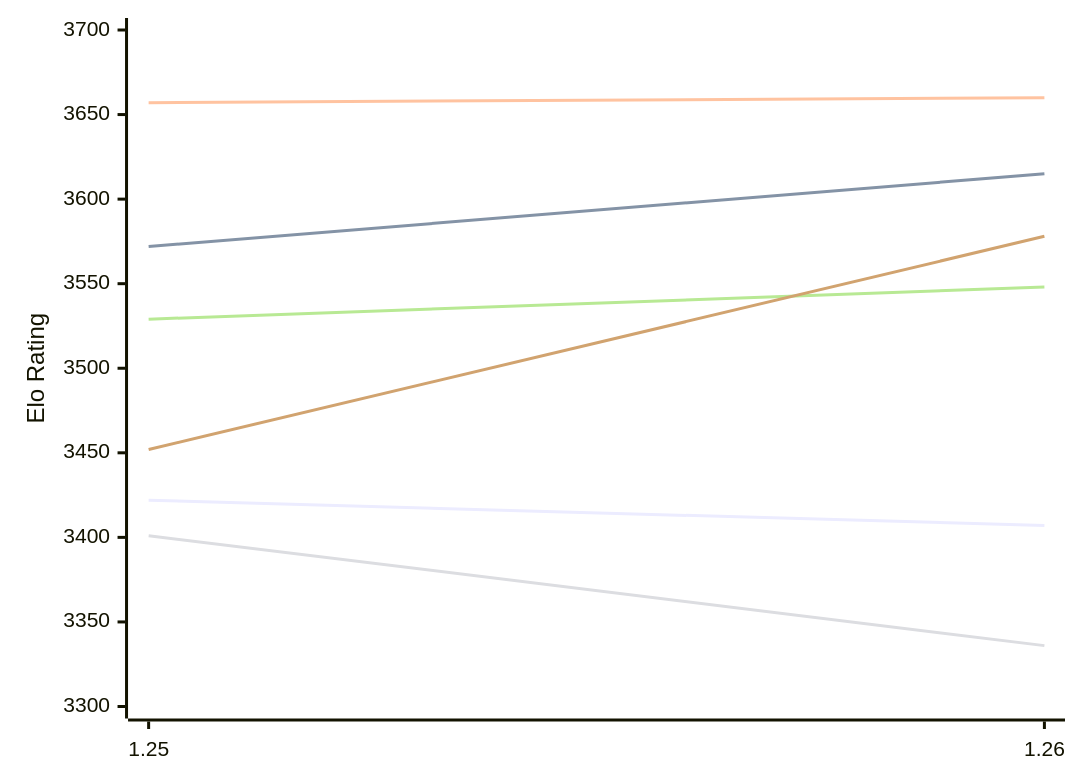
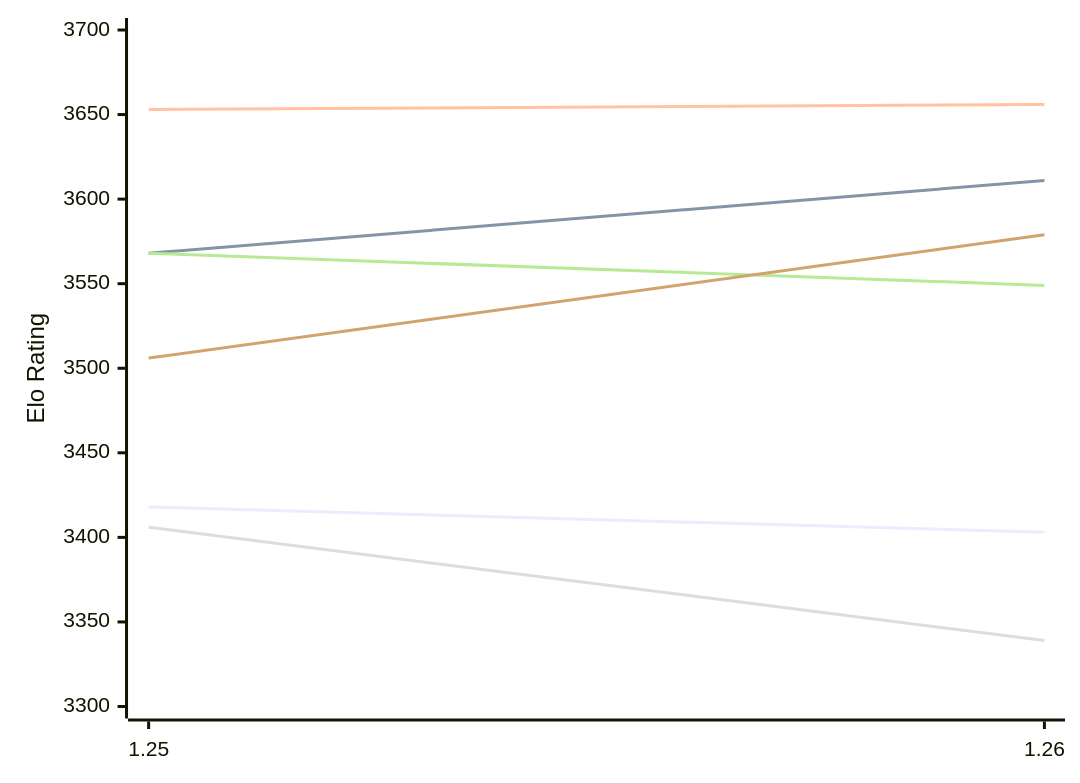
The first of 2 diagrams in engines/Caissa.md (computer-chess-index/cci), drawn with Mermaid before and after one commit. The commit also changed other lines of this file, not shown here.

Commit message:
Update CCI Ratings (ELO VLTC) - 2026-11-21

````diff
--- a/engines/Caissa.md
+++ b/engines/Caissa.md
@@ -56,12 +56,12 @@
 ```mermaid
 %%{init: {"theme":"base","themeVariables":{"seriesColors:['#a3a3a3','#222221','#faa371']}}}%%
 xychart-beta
   x-axis ["1.25", "1.26"]
   y-axis "Elo Rating" 3300 --> 3700
-  line "E1: STC (8.0+0.08s)" [3422, 3407]
-  line "E1: LTC (60.0+0.60s)" [3572, 3615]
-  line "E1: VLTC (2m24s+1.12s)" [3657, 3660]
-  line "P1: STC (8.0+0.08s)" [3401, 3336]
-  line "P1: LTC (60.0+0.60s)" [3529, 3548]
-  line "P1: VLTC (2m24s+1.12s)" [3452, 3578]
+  line "E1: STC (8.0+0.08s)" [3418, 3403]
+  line "E1: LTC (60.0+0.60s)" [3568, 3611]
+  line "E1: VLTC (2m24s+1.12s)" [3653, 3656]
+  line "P1: STC (8.0+0.08s)" [3406, 3339]
+  line "P1: LTC (60.0+0.60s)" [3568, 3549]
+  line "P1: VLTC (2m24s+1.12s)" [3506, 3579]
 ```
````
